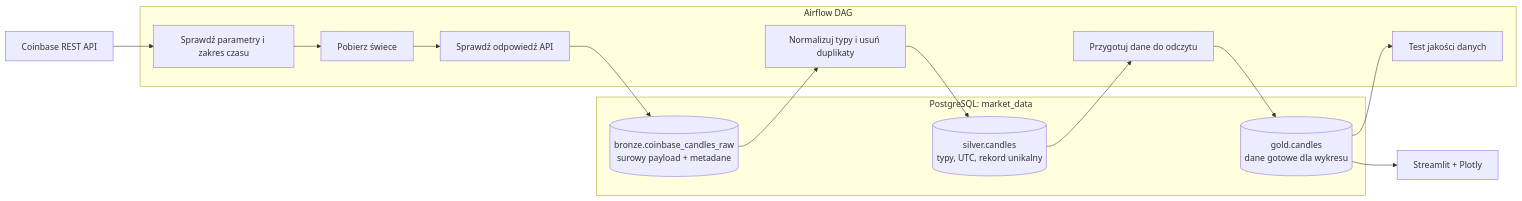
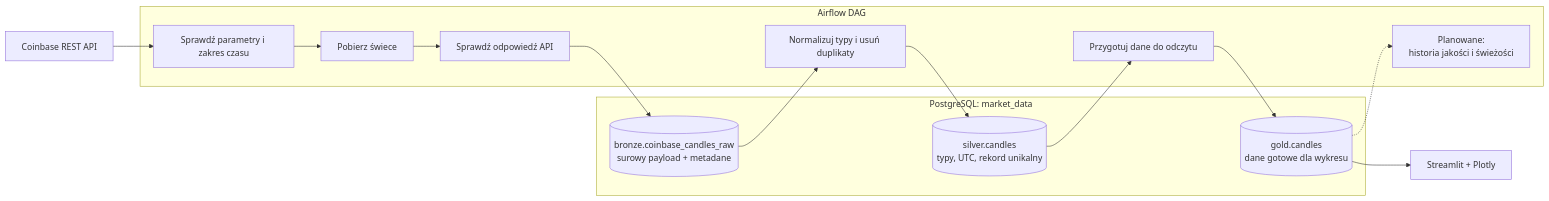
Before and after one commit to BartoszBrodowski/coinbase_data_dag: the second of 2 diagrams in ARCHITECTURE.md, drawn with Mermaid. The commit also changed other lines of this file and 25 other files, not shown here.

````diff
--- a/ARCHITECTURE.md
+++ b/ARCHITECTURE.md
@@ -26,26 +26,27 @@
 ```mermaid
 flowchart LR
     API[Coinbase REST API]
 
     subgraph AIRFLOW[Airflow DAG]
         CHECK[Sprawdź parametry i zakres czasu]
         FETCH[Pobierz świece]
         BVALID[Sprawdź odpowiedź API]
         SILVER[Normalizuj typy i usuń duplikaty]
         GOLD[Przygotuj dane do odczytu]
-        DQ[Test jakości danych]
+        DQ[Planowane:<br/>historia jakości i świeżości]
     end
 
     subgraph POSTGRES[PostgreSQL: market_data]
         B[(bronze.coinbase_candles_raw<br/>surowy payload + metadane)]
         S[(silver.candles<br/>typy, UTC, rekord unikalny)]
         G[(gold.candles<br/>dane gotowe dla wykresu)]
     end
 
     UI[Streamlit + Plotly]
 
     API --> CHECK --> FETCH --> BVALID --> B
     B --> SILVER --> S
-    S --> GOLD --> G --> DQ
+    S --> GOLD --> G
+    G -.-> DQ
     G --> UI
 ```
````
